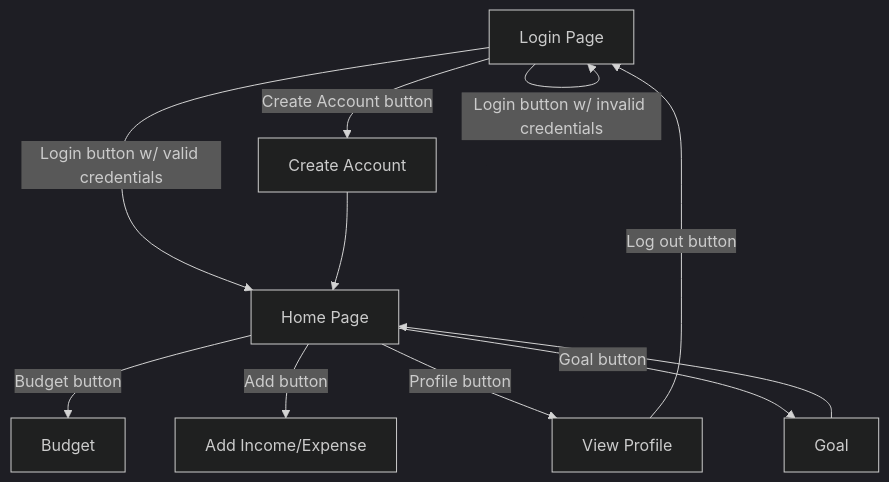
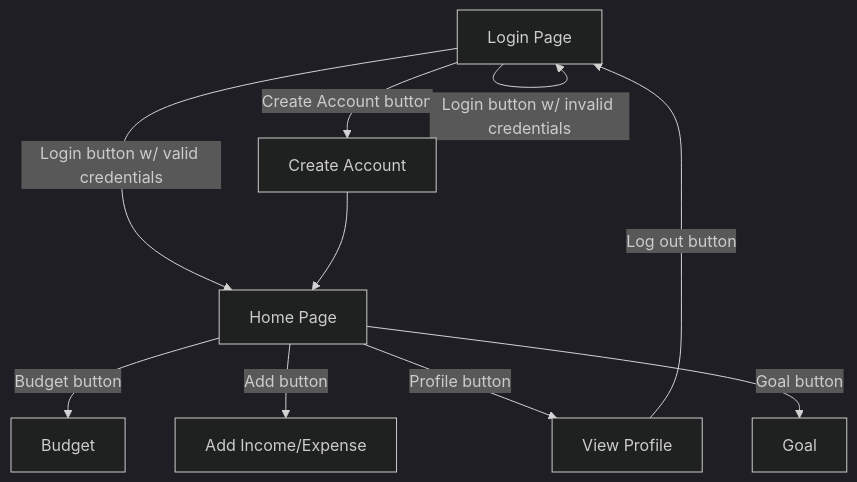
Before and after one commit to The-Cool-Kids-2024/BudgetingApp: the diagram in deliverables/design-specs.md, drawn with Mermaid (dark theme).

````diff
--- a/deliverables/design-specs.md
+++ b/deliverables/design-specs.md
@@ -25,12 +25,12 @@
 ```mermaid
 flowchart TD;
     A[Login Page] --"Create Account" button --> B[Create Account]
     A -- "Login" button w/ valid credentials --> C[Home Page]
     A -- "Login" button w/ invalid credentials --> A
     B --> C
     C -- "Budget" button --> D[Budget]
     C -- "Add" button --> E[Add Income/Expense]
     C -- "Profile" button --> F[View Profile]
-    C -- "Goal" button --> G[Goal] -->C
+    C -- "Goal" button --> G[Goal] 
     F -- "Log out" button --> A
 ```
````
